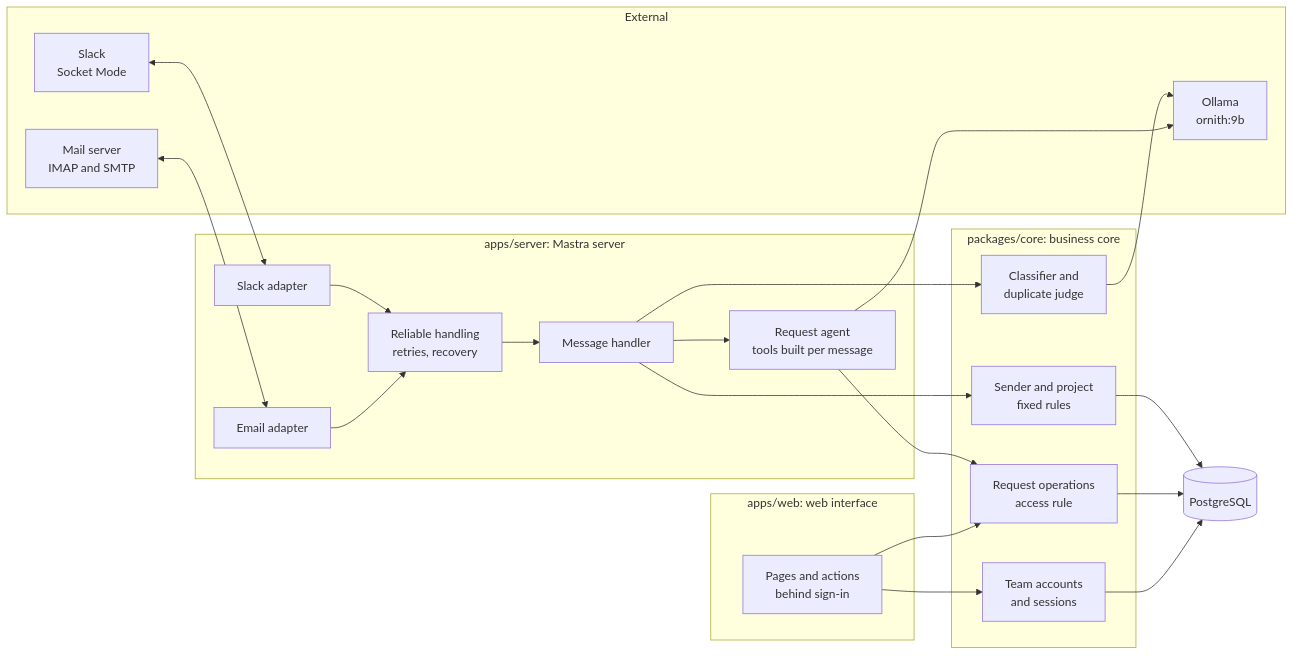
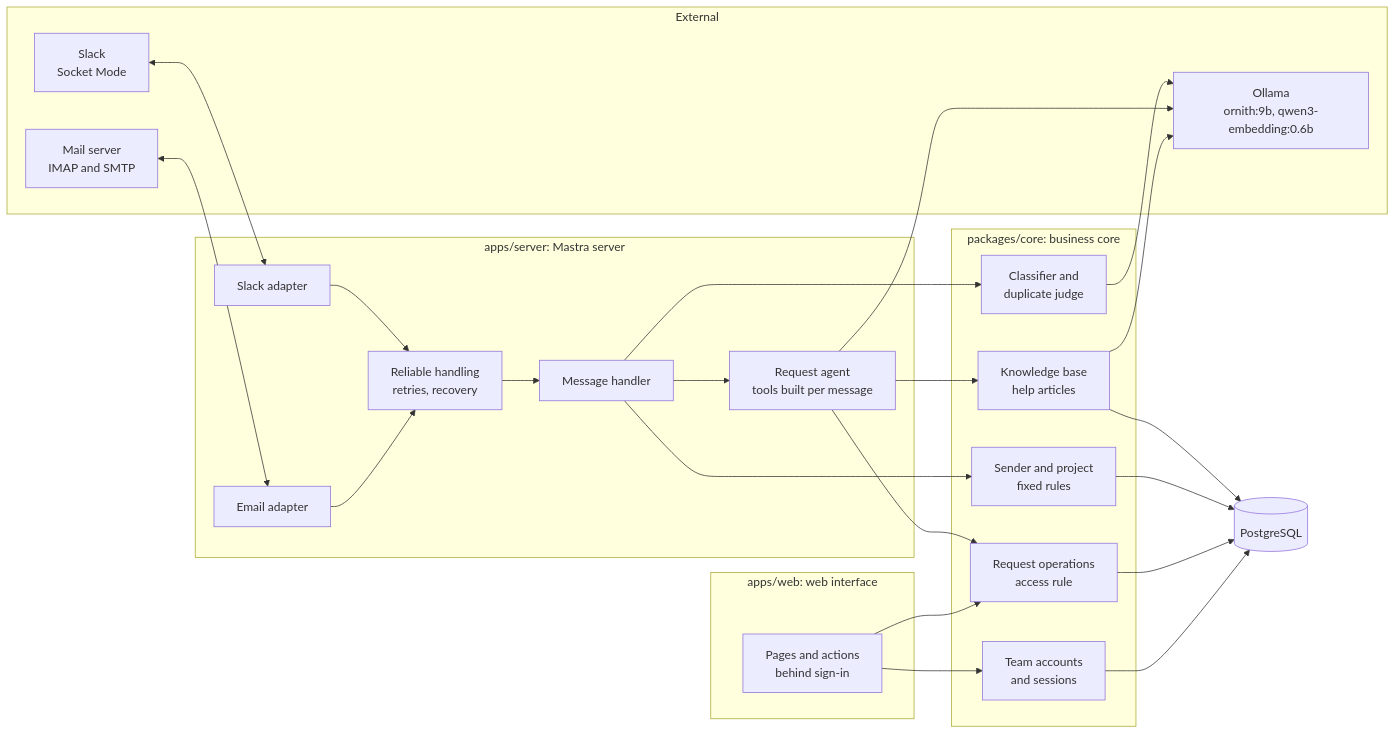
One commit to Alvi16/Request-agent changed the first of 2 diagrams in docs/architecture.md. Above: the diagram before and after it, drawn with Mermaid. The commit also changed other lines of this file, not shown here.

Commit message:
docs: add the knowledge base to the architecture

````diff
--- a/docs/architecture.md
+++ b/docs/architecture.md
@@ -7,42 +7,46 @@
 ```mermaid
 flowchart LR
     subgraph External
         Slack["Slack<br/>Socket Mode"]
         Mail["Mail server<br/>IMAP and SMTP"]
-        Ollama["Ollama<br/>ornith:9b"]
+        Ollama["Ollama<br/>ornith:9b, qwen3-embedding:0.6b"]
     end
     subgraph server["apps/server: Mastra server"]
         SlackAdapter["Slack adapter"]
         EmailAdapter["Email adapter"]
         Reliable["Reliable handling<br/>retries, recovery"]
         Handler["Message handler"]
         Agent["Request agent<br/>tools built per message"]
     end
     subgraph web["apps/web: web interface"]
         Pages["Pages and actions<br/>behind sign-in"]
     end
     subgraph core["packages/core: business core"]
         Turn["Sender and project<br/>fixed rules"]
         Classifier["Classifier and<br/>duplicate judge"]
         Requests["Request operations<br/>access rule"]
+        Knowledge["Knowledge base<br/>help articles"]
         Staff["Team accounts<br/>and sessions"]
     end
     DB[("PostgreSQL")]
 
     Slack <--> SlackAdapter
     Mail <--> EmailAdapter
     SlackAdapter --> Reliable
     EmailAdapter --> Reliable
     Reliable --> Handler
     Handler --> Turn
     Handler --> Classifier
     Handler --> Agent
     Classifier --> Ollama
     Agent --> Ollama
     Agent --> Requests
+    Agent --> Knowledge
+    Knowledge --> Ollama
+    Knowledge --> DB
     Pages --> Requests
     Pages --> Staff
     Turn --> DB
     Requests --> DB
     Staff --> DB
 ```
````
